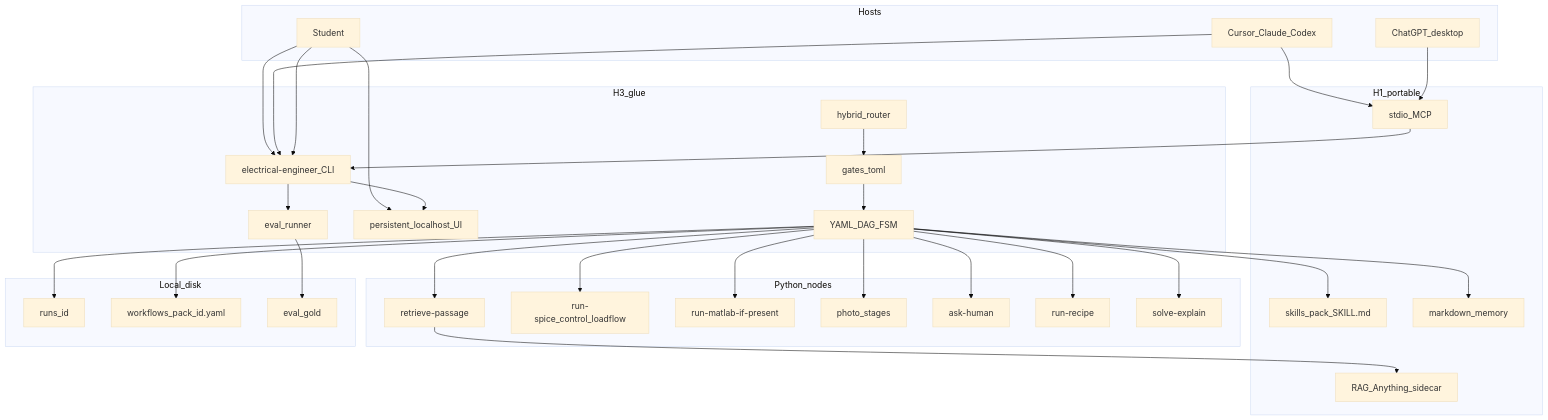
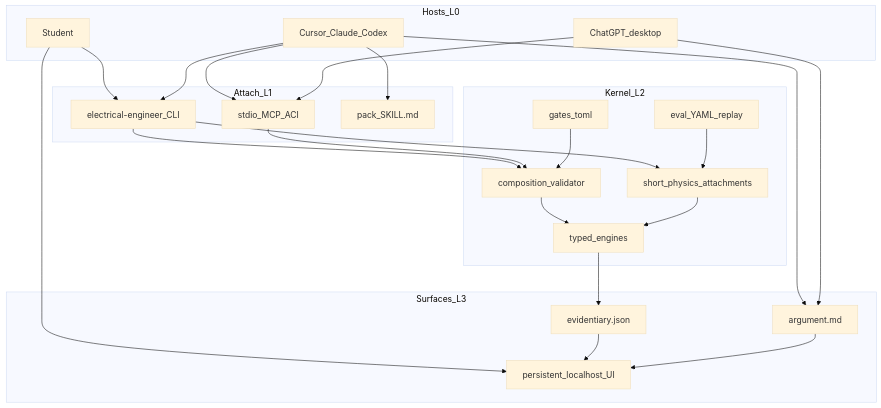
The diagram in docs/ARCHITECTURE.md (Vinayak-RZ/ARC), drawn with Mermaid (base theme) before and after one commit. The commit also changed other lines of this file, not shown here.

First line of the commit message:
docs(arch): specify surfaces, two-band schemas, agent file interface

````diff
--- a/docs/ARCHITECTURE.md
+++ b/docs/ARCHITECTURE.md
@@ -15,60 +15,43 @@
 ```mermaid
 flowchart TB
-  subgraph hosts [Hosts]
+  subgraph hosts [Hosts_L0]
     Student[Student]
     Cursor[Cursor_Claude_Codex]
     ChatDesk[ChatGPT_desktop]
   end
-  subgraph cli [H3_glue]
+  subgraph attach [Attach_L1]
     CLI[electrical-engineer_CLI]
-    Router[hybrid_router]
+    MCP[stdio_MCP_ACI]
+    Skills[pack_SKILL.md]
+  end
+  subgraph kernel [Kernel_L2]
+    Val[composition_validator]
+    Engines[typed_engines]
+    AttachYaml[short_physics_attachments]
+    Eval[eval_YAML_replay]
     Gates[gates_toml]
-    Runner[YAML_DAG_FSM]
+  end
+  subgraph surfaces [Surfaces_L3]
     UI[persistent_localhost_UI]
-    Eval[eval_runner]
-  end
-  subgraph portable [H1_portable]
-    Skills[skills_pack_SKILL.md]
-    MCP[stdio_MCP]
-    RAG[RAG_Anything_sidecar]
-    Mem[markdown_memory]
-  end
-  subgraph nodes [Python_nodes]
-    NRet[retrieve-passage]
-    NSim[run-spice_control_loadflow]
-    NMat[run-matlab-if-present]
-    NVis[photo_stages]
-    NAsk[ask-human]
-    NChild[run-recipe]
-    NExpl[solve-explain]
-  end
-  subgraph disk [Local_disk]
-    Runs[runs_id]
-    Wf[workflows_pack_id.yaml]
-    Gold[eval_gold]
+    Ev[evidentiary.json]
+    Arg[argument.md]
   end
   Student --> CLI
   Student --> UI
   Cursor --> MCP
   Cursor --> CLI
+  Cursor --> Skills
   ChatDesk --> MCP
-  Student --> CLI
-  Router --> Gates
-  Gates --> Runner
-  CLI --> UI
-  CLI --> Eval
-  MCP --> CLI
-  Runner --> NRet
-  Runner --> NSim
-  Runner --> NMat
-  Runner --> NVis
-  Runner --> NAsk
-  Runner --> NChild
-  Runner --> NExpl
-  NRet --> RAG
-  Runner --> Runs
-  Runner --> Skills
-  Runner --> Mem
-  Eval --> Gold
-  Runner --> Wf
+  CLI --> Val
+  MCP --> Val
+  Val --> Engines
+  CLI --> AttachYaml
+  AttachYaml --> Engines
+  Eval --> AttachYaml
+  Engines --> Ev
+  Cursor --> Arg
+  ChatDesk --> Arg
+  Ev --> UI
+  Arg --> UI
+  Gates --> Val
 ```
````
